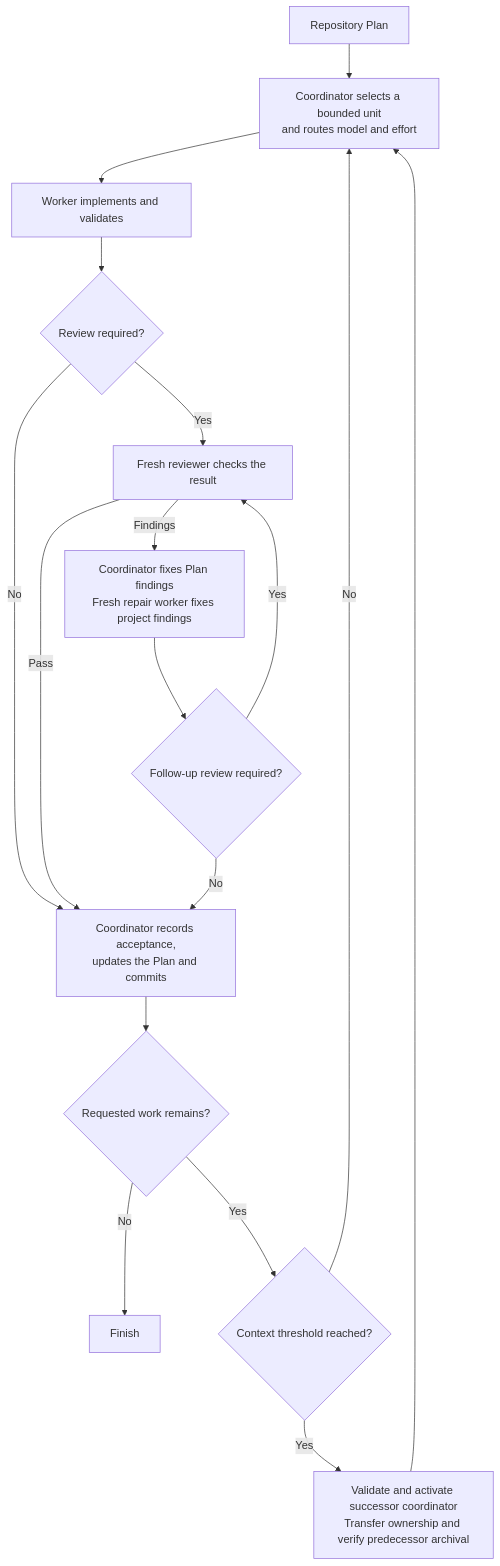
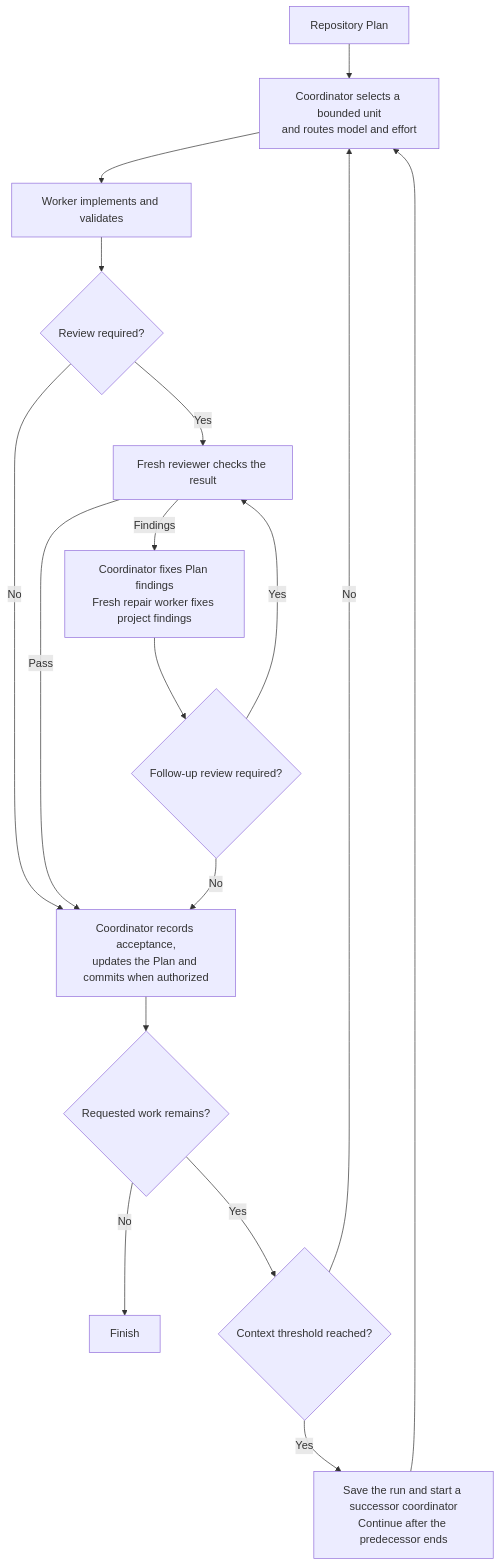
Before and after one commit to benjaminstelzer/scoville-suite: the diagram in development/readme/scoville-workflow-codex/mechanism.md, drawn with Mermaid. The commit also changed other lines of this file and 394 other files, not shown here.

````diff
--- a/development/readme/scoville-workflow-codex/mechanism.md
+++ b/development/readme/scoville-workflow-codex/mechanism.md
@@ -11,19 +11,19 @@
 ```mermaid
 flowchart TD
     P["Repository Plan"] --> C["Coordinator selects a bounded unit<br/>and routes model and effort"]
     C --> W["Worker implements and validates"]
     W --> G{"Review required?"}
     G -->|Yes| R["Fresh reviewer checks the result"]
-    G -->|No| A["Coordinator records acceptance,<br/>updates the Plan and commits"]
+    G -->|No| A["Coordinator records acceptance,<br/>updates the Plan and commits when authorized"]
     R -->|Pass| A
     R -->|Findings| F["Coordinator fixes Plan findings<br/>Fresh repair worker fixes project findings"]
     F --> Q{"Follow-up review required?"}
     Q -->|Yes| R
     Q -->|No| A
     A --> N{"Requested work remains?"}
     N -->|No| D["Finish"]
     N -->|Yes| T{"Context threshold reached?"}
     T -->|No| C
-    T -->|Yes| H["Validate and activate successor coordinator<br/>Transfer ownership and verify predecessor archival"]
+    T -->|Yes| H["Save the run and start a successor coordinator<br/>Continue after the predecessor ends"]
     H --> C
 ```
````
